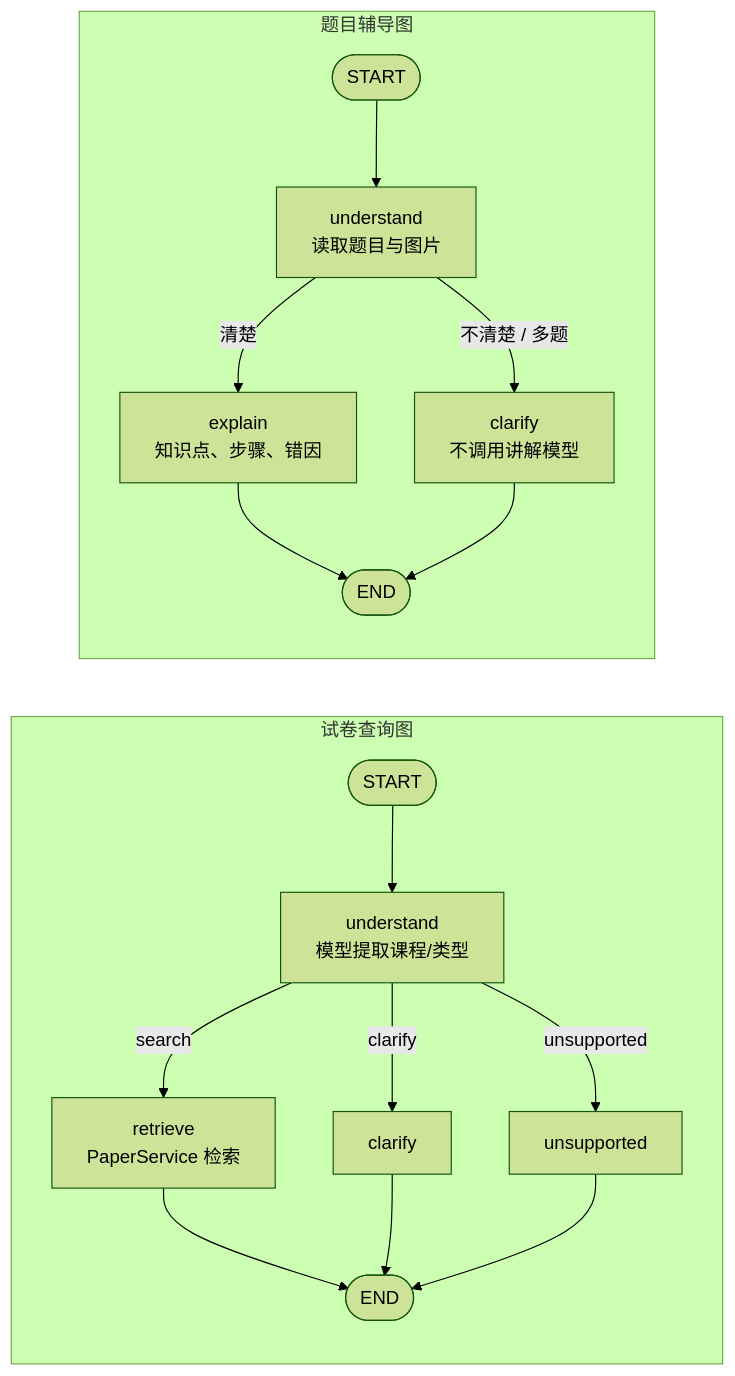
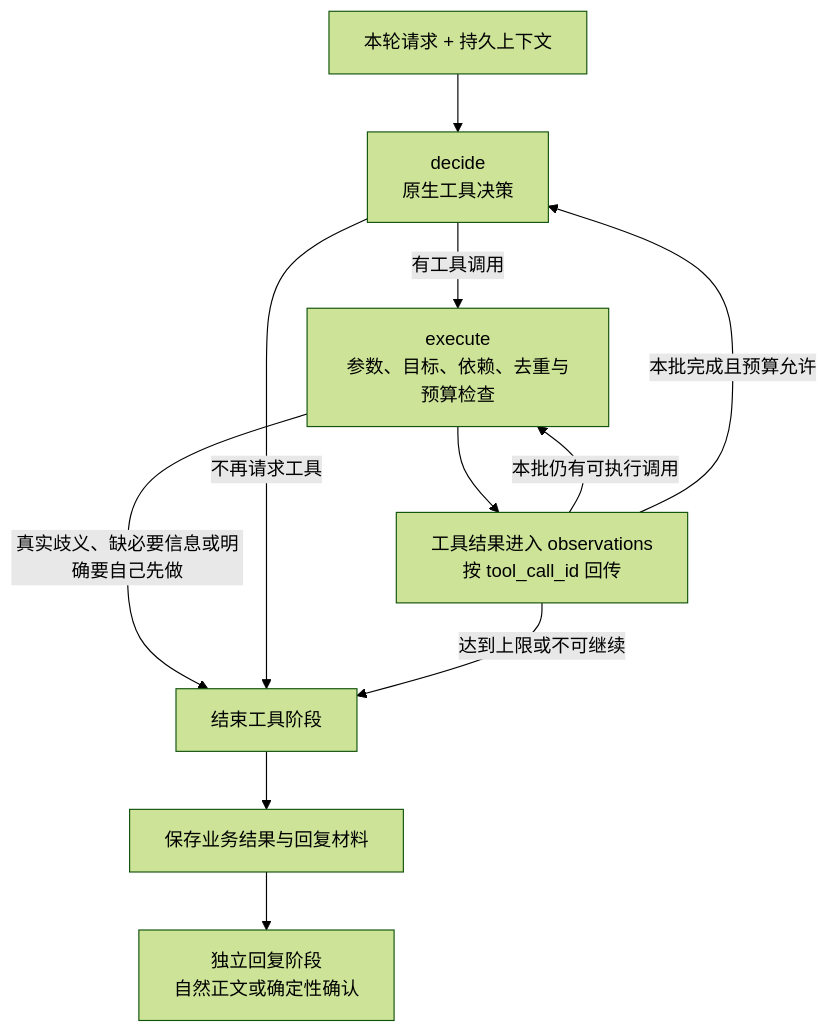
One commit to minimaod/hhu-exam-agent changed the third of 4 diagrams in README.md. Above: the diagram before and after it, drawn with Mermaid (forest theme). The commit also changed other lines of this file and 105 other files, not shown here.

````diff
--- a/README.md
+++ b/README.md
@@ -70,19 +180,13 @@
 ```mermaid
-flowchart LR
-    subgraph 试卷查询图
-        qs([START]) --> qu["understand<br/>模型提取课程/类型"]
-        qu -->|search| qr["retrieve<br/>PaperService 检索"]
-        qu -->|clarify| qc["clarify"]
-        qu -->|unsupported| qx["unsupported"]
-        qr --> qe([END])
-        qc --> qe
-        qx --> qe
-    end
-    subgraph 题目辅导图
-        ts([START]) --> tu["understand<br/>读取题目与图片"]
-        tu -->|清楚| te["explain<br/>知识点、步骤、错因"]
-        tu -->|不清楚 / 多题| tc["clarify<br/>不调用讲解模型"]
-        te --> tend([END])
-        tc --> tend
-    end
+flowchart TD
+    Input["本轮请求 + 持久上下文"] --> Decide["decide<br/>原生工具决策"]
+    Decide -->|"有工具调用"| Execute["execute<br/>参数、目标、依赖、去重与预算检查"]
+    Execute --> Observe["工具结果进入 observations<br/>按 tool_call_id 回传"]
+    Observe -->|"本批仍有可执行调用"| Execute
+    Observe -->|"本批完成且预算允许"| Decide
+    Execute -->|"真实歧义、缺必要信息或明确要自己先做"| Finish["结束工具阶段"]
+    Decide -->|"不再请求工具"| Finish
+    Observe -->|"达到上限或不可继续"| Finish
+    Finish --> Save["保存业务结果与回复材料"]
+    Save --> Reply["独立回复阶段<br/>自然正文或确定性确认"]
 ```
````
